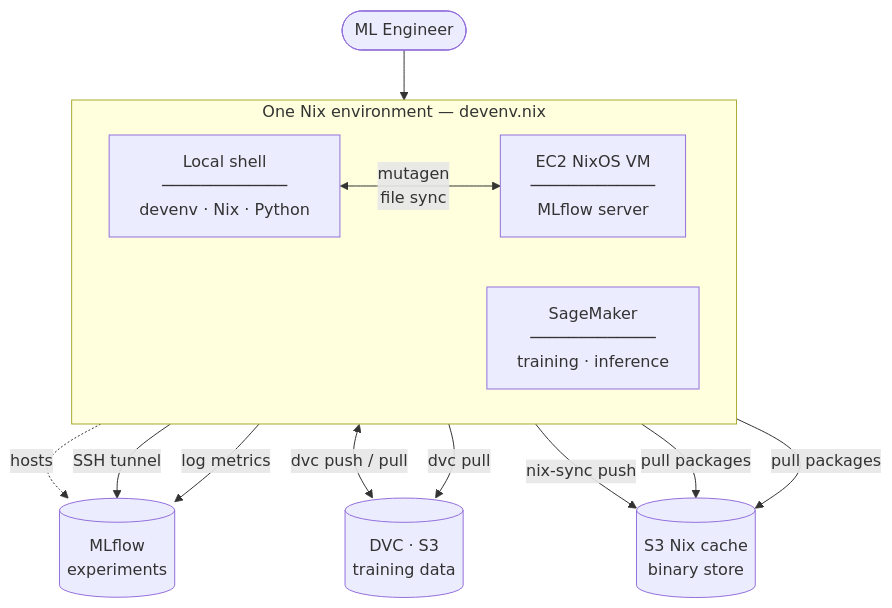
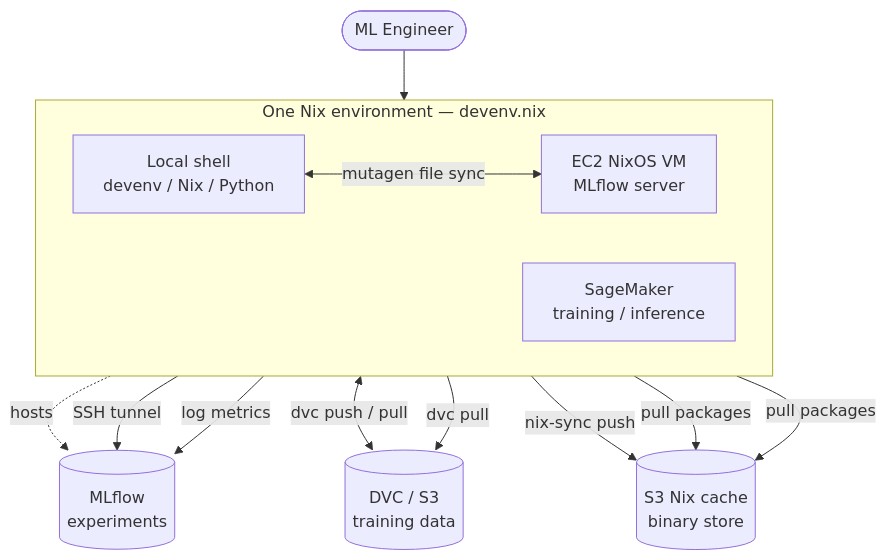
One commit to thatbagu/nix-ml-solo changed the diagram in docs/architecture.md. Above: the diagram before and after it, drawn with Mermaid. The commit also changed 7 other files, not shown here.

````diff
--- a/docs/architecture.md
+++ b/docs/architecture.md
@@ -18,28 +18,28 @@
 ```mermaid
 flowchart TB
     dev(["ML Engineer"])
 
-    subgraph env ["One Nix environment &mdash; devenv.nix"]
+    subgraph env ["One Nix environment — devenv.nix"]
         direction LR
-        local["Local shell\n─────────────\ndevenv · Nix · Python"]
-        ec2["EC2 NixOS VM\n─────────────\nMLflow server"]
-        sm["SageMaker\n─────────────\ntraining · inference"]
+        local["Local shell<br/>devenv / Nix / Python"]
+        ec2["EC2 NixOS VM<br/>MLflow server"]
+        sm["SageMaker<br/>training / inference"]
     end
 
-    mlflow[("MLflow\nexperiments")]
-    dvc[("DVC · S3\ntraining data")]
-    nixcache[("S3 Nix cache\nbinary store")]
+    mlflow[("MLflow<br/>experiments")]
+    dvc[("DVC / S3<br/>training data")]
+    nixcache[("S3 Nix cache<br/>binary store")]
 
     dev --> local
 
-    local <-->|"mutagen\nfile sync"| ec2
-    ec2 -. "hosts" .-> mlflow
+    local <-->|"mutagen file sync"| ec2
+    ec2 -. hosts .-> mlflow
     local -->|"SSH tunnel"| mlflow
     sm -->|"log metrics"| mlflow
 
     local <-->|"dvc push / pull"| dvc
     sm -->|"dvc pull"| dvc
 
     local -->|"nix-sync push"| nixcache
     ec2 & sm -->|"pull packages"| nixcache
 ```
````
